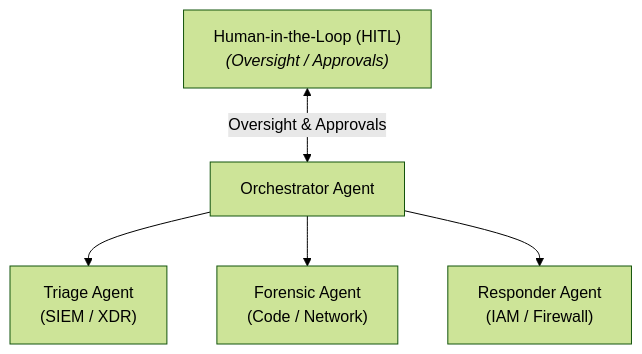
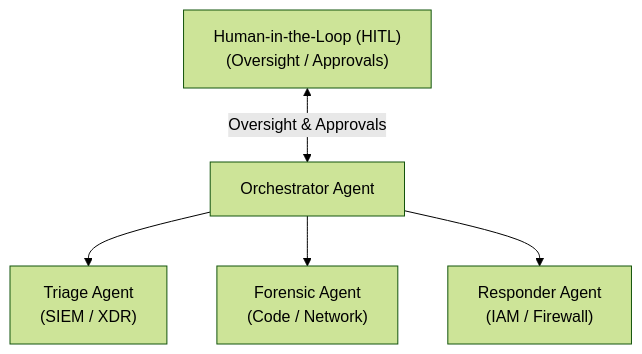
One commit to gitmujoshi/Confidential-AI-Network changed the first of 3 diagrams in docs/architecture/Governing Autonomous AI Agents in Cybersecurity Operations.md. Above: the diagram before and after it, drawn with Mermaid (forest theme). The commit also changed other lines of this file and 3 other files, not shown here.

First line of the commit message:
fix(blogs): render Mermaid diagrams on GitHub Pages posts.

````diff
--- a/docs/architecture/Governing Autonomous AI Agents in Cybersecurity Operations.md
+++ b/docs/architecture/Governing Autonomous AI Agents in Cybersecurity Operations.md
@@ -42,14 +42,14 @@
 ```mermaid
 flowchart TD
-    HITL["Human-in-the-Loop (HITL)<br><i>(Oversight / Approvals)</i>"]
+    HITL["Human-in-the-Loop (HITL)\n(Oversight / Approvals)"]
     Orchestrator["Orchestrator Agent"]
 
-    Triage["Triage Agent<br>(SIEM / XDR)"]
-    Forensic["Forensic Agent<br>(Code / Network)"]
-    Responder["Responder Agent<br>(IAM / Firewall)"]
+    Triage["Triage Agent\n(SIEM / XDR)"]
+    Forensic["Forensic Agent\n(Code / Network)"]
+    Responder["Responder Agent\n(IAM / Firewall)"]
 
     HITL <-->|Oversight & Approvals| Orchestrator
     Orchestrator --> Triage
     Orchestrator --> Forensic
     Orchestrator --> Responder
 ```
````
